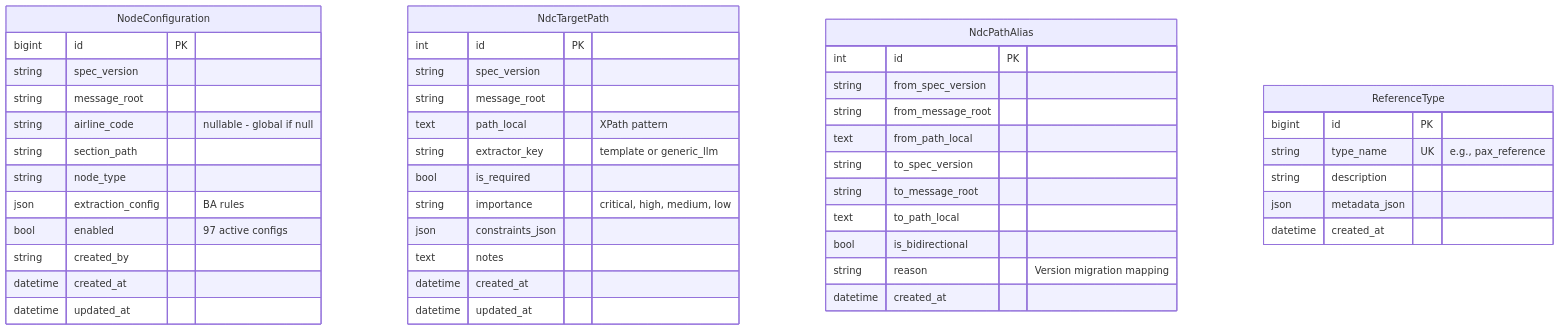
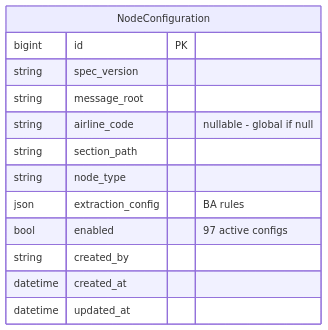
One commit to nikhil-codes-hub/ad_revamped changed the ninth of 14 diagrams in docs/System_Diagrams.md. Above: the diagram before and after it, drawn with Mermaid. The commit also changed other lines of this file and 1 other file, not shown here.

First line of the commit message:
Update system diagrams to reflect current database schema

````diff
--- a/docs/System_Diagrams.md
+++ b/docs/System_Diagrams.md
@@ -844,51 +791,16 @@
 ```mermaid
 erDiagram
     NodeConfiguration {
         bigint id PK
         string spec_version
         string message_root
         string airline_code "nullable - global if null"
         string section_path
         string node_type
         json extraction_config "BA rules"
         bool enabled "97 active configs"
         string created_by
         datetime created_at
         datetime updated_at
     }
-
-    NdcTargetPath {
-        int id PK
-        string spec_version
-        string message_root
-        text path_local "XPath pattern"
-        string extractor_key "template or generic_llm"
-        bool is_required
-        string importance "critical, high, medium, low"
-        json constraints_json
-        text notes
-        datetime created_at
-        datetime updated_at
-    }
-
-    NdcPathAlias {
-        int id PK
-        string from_spec_version
-        string from_message_root
-        text from_path_local
-        string to_spec_version
-        string to_message_root
-        text to_path_local
-        bool is_bidirectional
-        string reason "Version migration mapping"
-        datetime created_at
-    }
-
-    ReferenceType {
-        bigint id PK
-        string type_name UK "e.g., pax_reference"
-        string description
-        json metadata_json
-        datetime created_at
-    }
 ```
````
